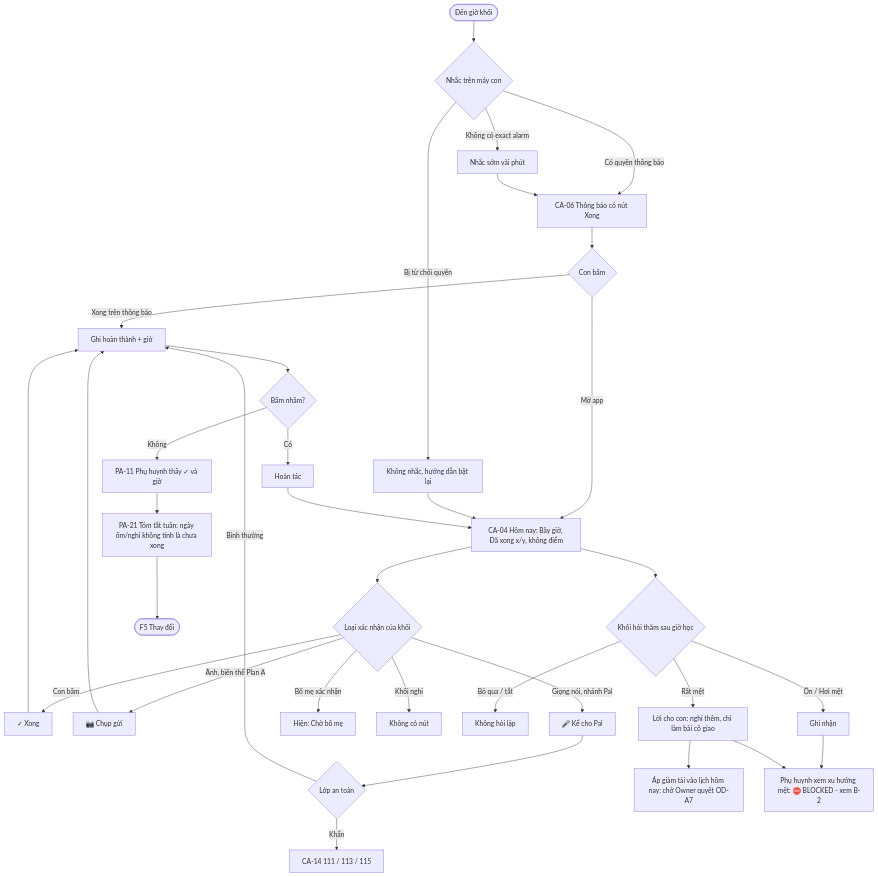
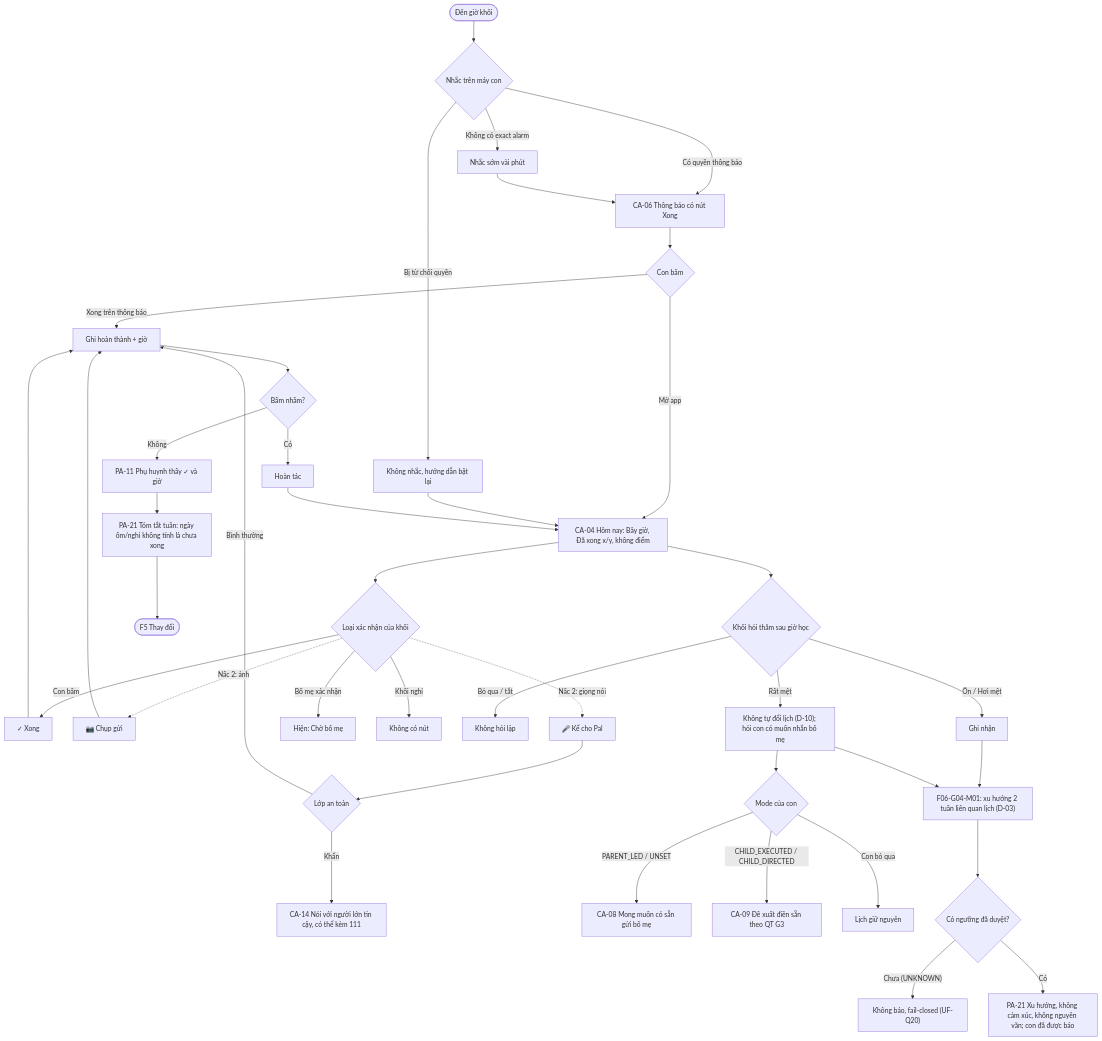
The fifth of 8 diagrams in app-design-document/04_User_Flow/User_Flow_04_1_Scheduling_Loop.md (ChadNguyen1608/app-parent-pal), drawn with Mermaid before and after one commit. The commit also changed other lines of this file and 29 other files, not shown here.

First line of the commit message:
docs: user flow batch 2, MVP options, scheduling business logic, E1 spike v2

````diff
--- a/app-design-document/04_User_Flow/User_Flow_04_1_Scheduling_Loop.md
+++ b/app-design-document/04_User_Flow/User_Flow_04_1_Scheduling_Loop.md
@@ -454,31 +503,37 @@
 ```mermaid
 flowchart TD
   A([Đến giờ khối]) --> B{"Nhắc trên máy con"}
   B -- "Có quyền thông báo" --> C["CA-06 Thông báo có nút Xong"]
   B -- "Không có exact alarm" --> C0["Nhắc sớm vài phút"] --> C
   B -- "Bị từ chối quyền" --> C1["Không nhắc, hướng dẫn bật lại"]
   C --> D{"Con bấm"}
   D -- "Xong trên thông báo" --> L["Ghi hoàn thành + giờ"]
   D -- "Mở app" --> E
   C1 --> E["CA-04 Hôm nay: Bây giờ, Đã xong x/y, không điểm"]
   E --> F{"Loại xác nhận của khối"}
   F -- "Con bấm" --> F1["✓ Xong"] --> L
-  F -- "Ảnh, biến thể Plan A" --> F2["📷 Chụp gửi"] --> L
-  F -- "Giọng nói, nhánh Pal" --> F3["🎤 Kể cho Pal"] --> S{"Lớp an toàn"}
-  S -- Khẩn --> S1["CA-14 111 / 113 / 115"]
+  F -. "Nấc 2: ảnh" .-> F2["📷 Chụp gửi"] --> L
+  F -. "Nấc 2: giọng nói" .-> F3["🎤 Kể cho Pal"] --> S{"Lớp an toàn"}
+  S -- Khẩn --> S1["CA-14 Nói với người lớn tin cậy, có thể kèm 111"]
   S -- "Bình thường" --> L
   F -- "Bố mẹ xác nhận" --> F4["Hiện: Chờ bố mẹ"]
   F -- "Khối nghỉ" --> F5["Không có nút"]
   L --> U{"Bấm nhầm?"}
   U -- Có --> U1["Hoàn tác"] --> E
   U -- Không --> P["PA-11 Phụ huynh thấy ✓ và giờ"]
   E --> K{"Khối hỏi thăm sau giờ học"}
   K -- "Bỏ qua / tắt" --> K0["Không hỏi lặp"]
   K -- "Ổn / Hơi mệt" --> K1["Ghi nhận"]
-  K -- "Rất mệt" --> K2["Lời cho con: nghỉ thêm, chỉ làm bài cô giao"]
-  K2 --> K3["Áp giảm tải vào lịch hôm nay: chờ Owner quyết OD-A7"]
-  K1 --> T["Phụ huynh xem xu hướng mệt: ⛔ BLOCKED - xem B-2"]
+  K -- "Rất mệt" --> K2["Không tự đổi lịch (D-10); hỏi con có muốn nhắn bố mẹ"]
+  K2 --> K3{"Mode của con"}
+  K3 -- "PARENT_LED / UNSET" --> K4["CA-08 Mong muốn có sẵn gửi bố mẹ"]
+  K3 -- "CHILD_EXECUTED / CHILD_DIRECTED" --> K5["CA-09 Đề xuất điền sẵn theo QT G3"]
+  K3 -- "Con bỏ qua" --> K6["Lịch giữ nguyên"]
+  K1 --> T["F06-G04-M01: xu hướng 2 tuần liên quan lịch (D-03)"]
   K2 --> T
+  T --> T1{"Có ngưỡng đã duyệt?"}
+  T1 -- "Chưa (UNKNOWN)" --> T2["Không báo, fail-closed (UF-Q20)"]
+  T1 -- Có --> T3["PA-21 Xu hướng, không cảm xúc, không nguyên văn; con đã được báo"]
   P --> W["PA-21 Tóm tắt tuần: ngày ốm/nghỉ không tính là chưa xong"]
   W --> W1([F5 Thay đổi])
 ```
````
